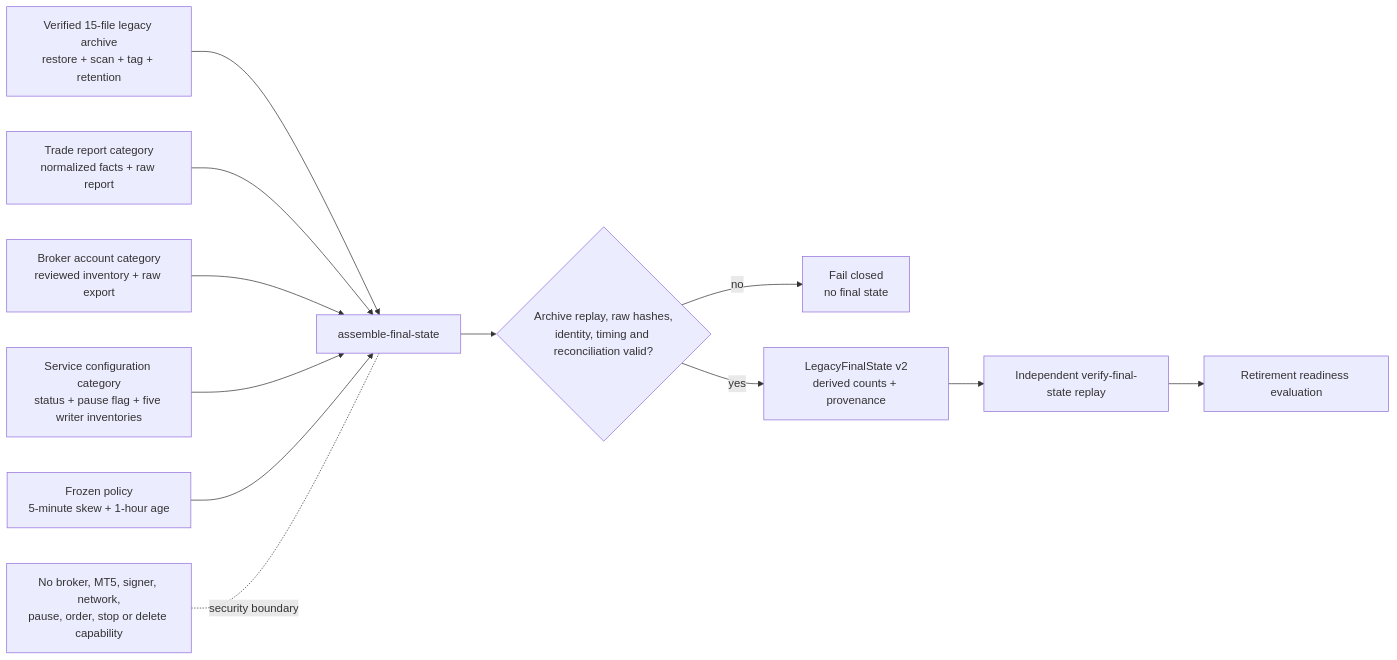
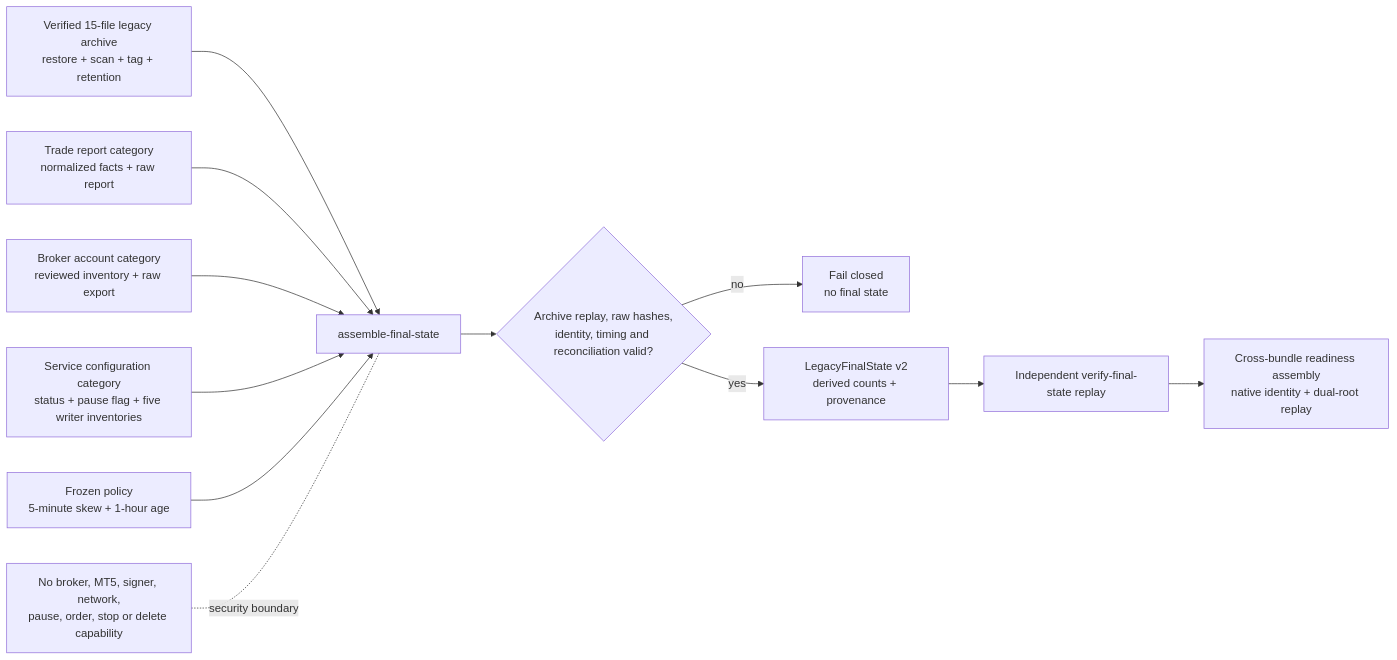
The diagram in docs/architecture/diagrams/phase-10-final-state.mmd (AegisFintech/AIQuantTrader), drawn with Mermaid before and after one commit. The commit also changed 23 other files, not shown here.

Commit message:
feat(native): verify phase 10 readiness evidence

```diff
--- a/docs/architecture/diagrams/phase-10-final-state.mmd
+++ b/docs/architecture/diagrams/phase-10-final-state.mmd
@@ -1,14 +1,14 @@
 flowchart LR
     A[Verified 15-file legacy archive<br/>restore + scan + tag + retention] --> V[assemble-final-state]
     R[Trade report category<br/>normalized facts + raw report] --> V
     B[Broker account category<br/>reviewed inventory + raw export] --> V
     S[Service configuration category<br/>status + pause flag + five writer inventories] --> V
     P[Frozen policy<br/>5-minute skew + 1-hour age] --> V
 
     V --> C{Archive replay, raw hashes,<br/>identity, timing and reconciliation valid?}
     C -- no --> X[Fail closed<br/>no final state]
     C -- yes --> F[LegacyFinalState v2<br/>derived counts + provenance]
     F --> I[Independent verify-final-state replay]
-    I --> Q[Retirement readiness evaluation]
+    I --> Q[Cross-bundle readiness assembly<br/>native identity + dual-root replay]
 
     N[No broker, MT5, signer, network,<br/>pause, order, stop or delete capability] -. security boundary .- V
```
